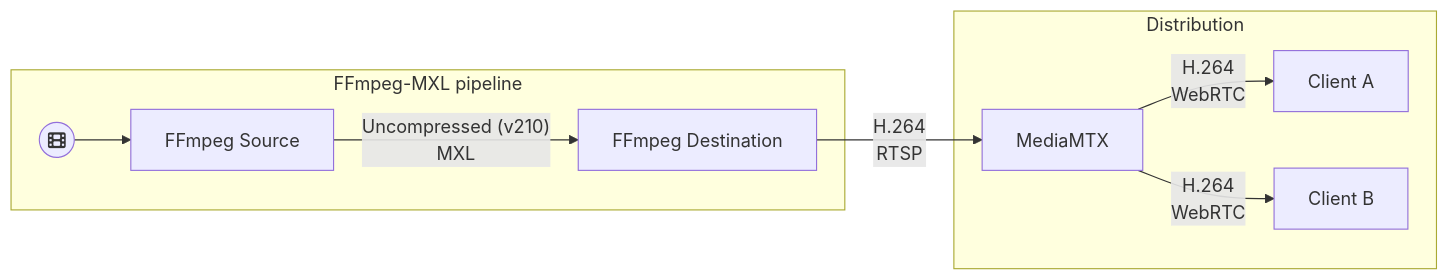
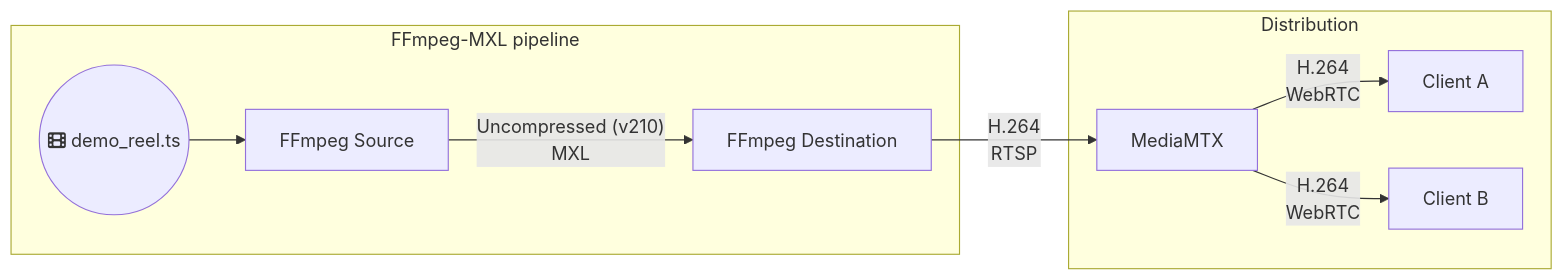
The diagram in demos/README.md (cbcrc/guidance-for-building-ffmpeg-with-mxl), drawn with Mermaid before and after one commit. The commit also changed 2 other files, not shown here.

Commit message:
demos: tweak recipe for the NAB
Add full-length reel file.
Restore zero touch (but faulty atime) tmpfs.
Fetch the "nab" docker image

````diff
--- a/demos/README.md
+++ b/demos/README.md
@@ -3,12 +3,12 @@
 ```mermaid
 graph LR
     subgraph "FFmpeg-MXL pipeline"
-    A0((fa:fa-film)) --> A[FFmpeg Source] -- "Uncompressed (v210)<br/> MXL" --> B[FFmpeg Destination]
+    A0((fa:fa-film demo_reel.ts)) --> A[FFmpeg Source] -- "Uncompressed (v210)<br/> MXL" --> B[FFmpeg Destination]
     end
 
     subgraph "Distribution"
     B -- "H.264<br/> RTSP" --> C[MediaMTX]
     C -- "H.264<br/> WebRTC" --> D[Client A]
     C -- "H.264<br/> WebRTC" --> E[Client B]
     end
 ```
````
